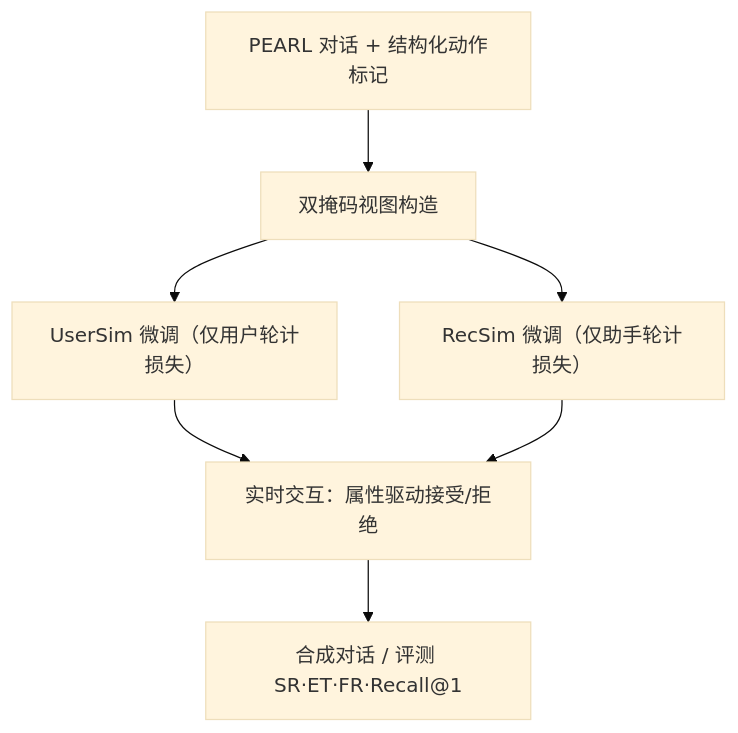
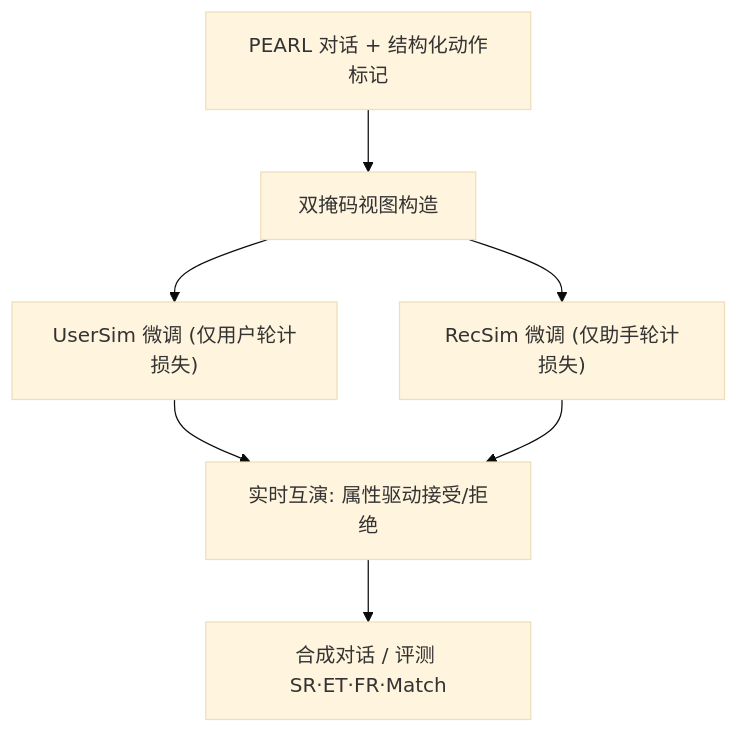
The diagram in docs/venues/ECIR/2026/agent_conversational_rec/interplay_training_independent_simulators_for_reference_free_conversational.md (jbdcia321vw/Paper-Notes), drawn with Mermaid (base theme) before and after one commit. The commit also changed other lines of this file and 588 other files, not shown here.

````diff
--- a/docs/venues/ECIR/2026/agent_conversational_rec/interplay_training_independent_simulators_for_reference_free_conversational.md
+++ b/docs/venues/ECIR/2026/agent_conversational_rec/interplay_training_independent_simulators_for_reference_free_conversational.md
@@ -47,9 +47,9 @@
 ```mermaid
 flowchart TD
     A["PEARL 对话 + 结构化动作标记"] --> B["双掩码视图构造"]
-    B --> C["UserSim 微调（仅用户轮计损失）"]
-    B --> D["RecSim 微调（仅助手轮计损失）"]
-    C --> E["实时交互：属性驱动接受/拒绝"]
+    B --> C["UserSim 微调 (仅用户轮计损失)"]
+    B --> D["RecSim 微调 (仅助手轮计损失)"]
+    C --> E["实时互演: 属性驱动接受/拒绝"]
     D --> E
-    E --> F["合成对话 / 评测 SR·ET·FR·Recall@1"]
+    E --> F["合成对话 / 评测 SR·ET·FR·Match"]
 ```
````
